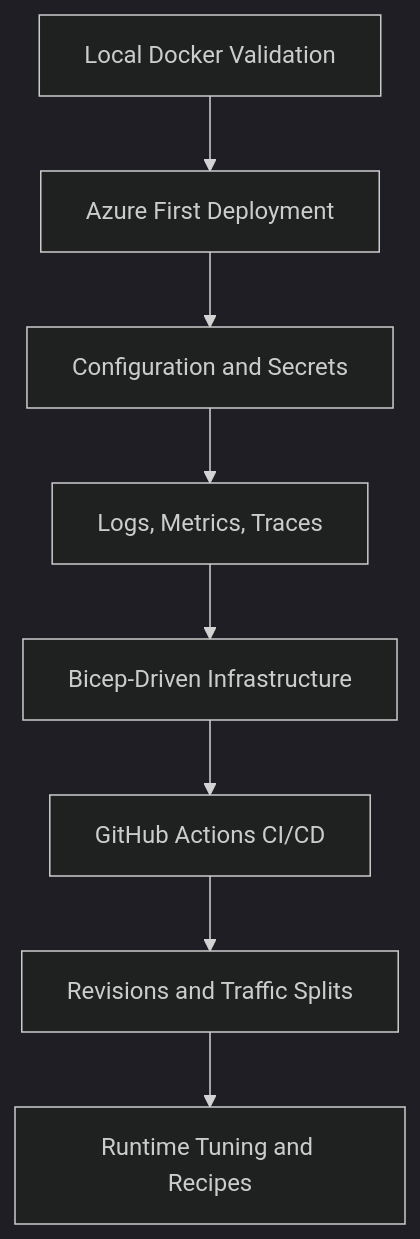
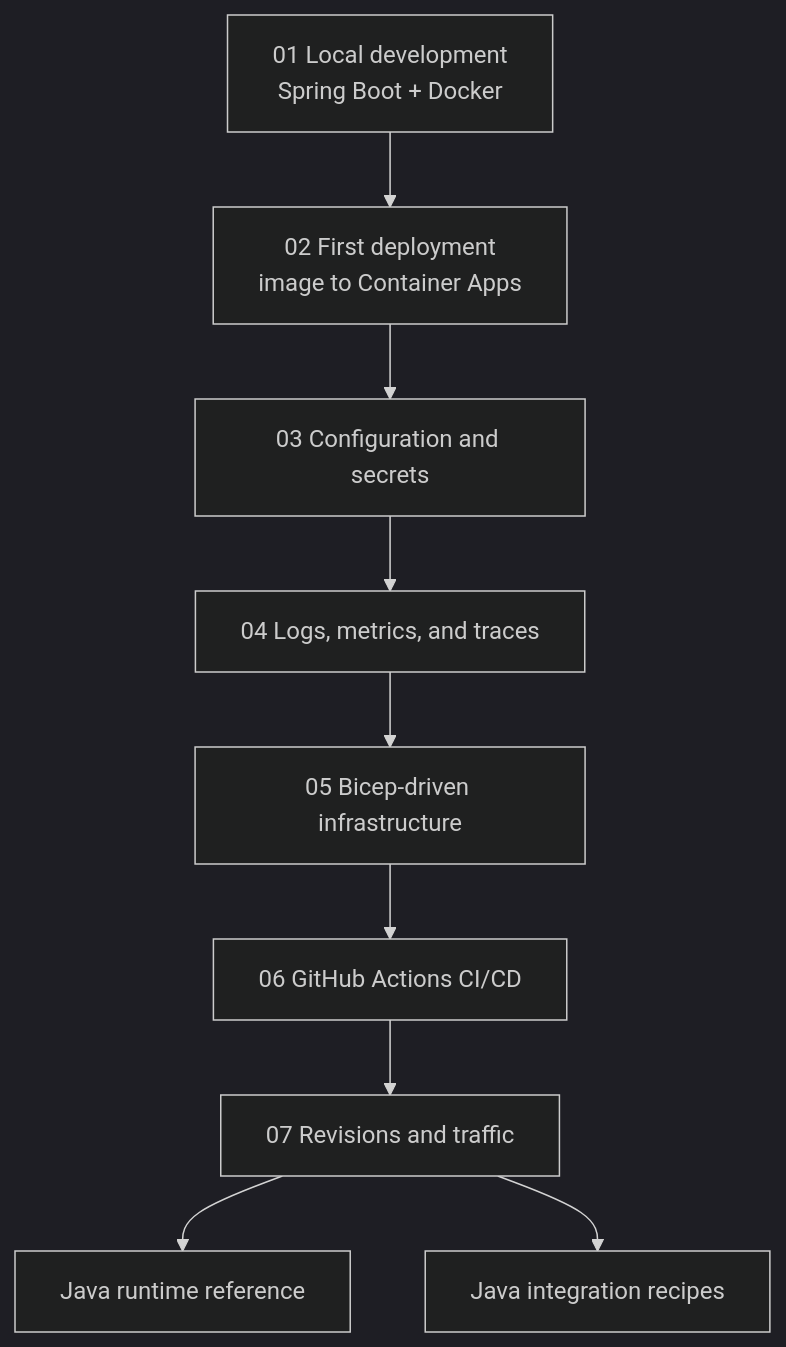
The diagram in docs/language-guides/java/index.md (yeongseon/azure-container-apps-practical-guide), drawn with Mermaid (dark theme) before and after one commit. The commit also changed other lines of this file and 22 other files, not shown here.

Commit message:
docs(diagrams): migrate language navigation and .NET recipes (#621)

````diff
--- a/docs/language-guides/java/index.md
+++ b/docs/language-guides/java/index.md
@@ -67,10 +68,18 @@
 ```mermaid
 flowchart TD
-    A[Local Docker Validation] --> B[Azure First Deployment]
-    B --> C[Configuration and Secrets]
-    C --> D[Logs, Metrics, Traces]
-    D --> E[Bicep-Driven Infrastructure]
-    E --> F[GitHub Actions CI/CD]
-    F --> G[Revisions and Traffic Splits]
-    G --> H[Runtime Tuning and Recipes]
+    accTitle: Java guide learning path
+    accDescr: Follow seven ordered tutorials from local Docker validation through revision traffic management, then branch to the Spring Boot runtime reference and integration recipes.
+    LOCAL[01 Local development<br/>Spring Boot + Docker]
+    DEPLOY[02 First deployment<br/>image to Container Apps]
+    CONFIG[03 Configuration and secrets]
+    OBSERVE[04 Logs, metrics, and traces]
+    IAC[05 Bicep-driven infrastructure]
+    CICD[06 GitHub Actions CI/CD]
+    RELEASE[07 Revisions and traffic]
+    RUNTIME[Java runtime reference]
+    RECIPES[Java integration recipes]
+
+    LOCAL --> DEPLOY --> CONFIG --> OBSERVE --> IAC --> CICD --> RELEASE
+    RELEASE --> RUNTIME
+    RELEASE --> RECIPES
 ```
````
